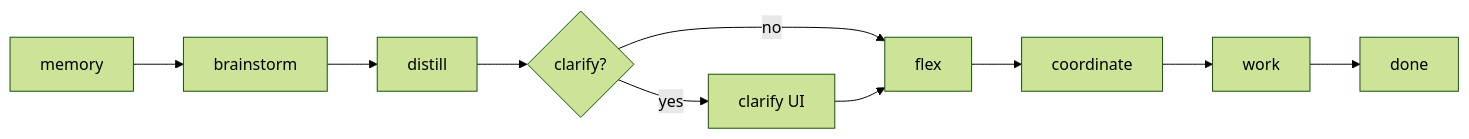
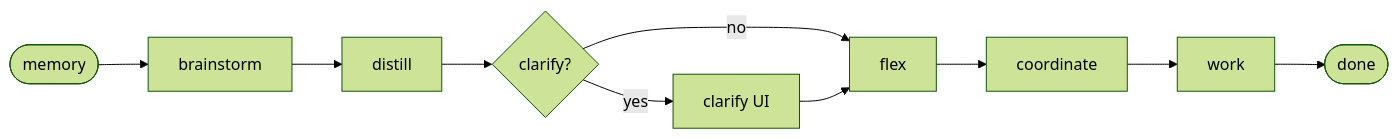
The third of 7 diagrams in docs/ARCHITECTURE.md (landjunge/gnom-hub-v1), drawn with Mermaid (forest theme) before and after one commit. The commit also changed other lines of this file and 3 other files, not shown here.

First line of the commit message:
docs: deepen Mermaid syntax (state, sequence, classDef, guide)

````diff
--- a/docs/ARCHITECTURE.md
+++ b/docs/ARCHITECTURE.md
@@ -70,9 +114,10 @@
 ```mermaid
 flowchart LR
-  memory --> brainstorm --> distill
+  memory([memory]) --> brainstorm
+  brainstorm --> distill
   distill --> clarify{clarify?}
   clarify -->|yes| clarify_ui[clarify UI]
   clarify -->|no| flex
   clarify_ui --> flex
-  flex --> coordinate --> work --> done
+  flex --> coordinate --> work --> done([done])
 ```
````
